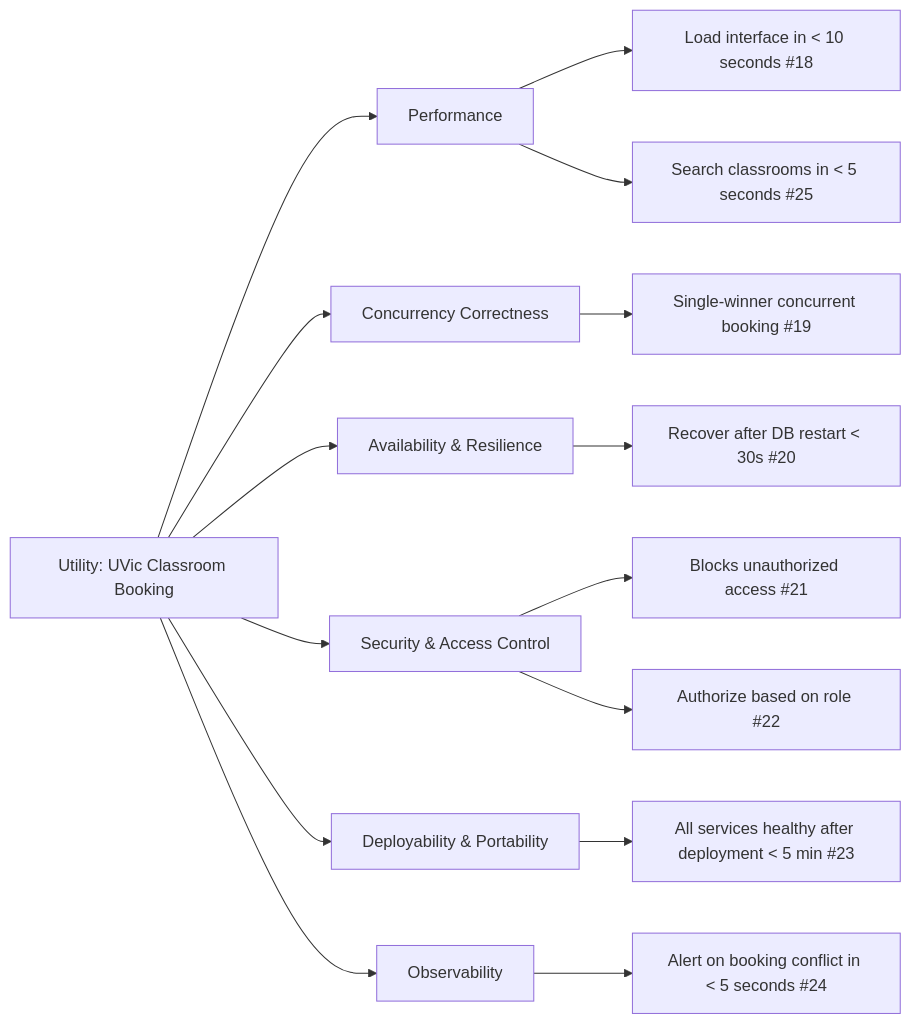
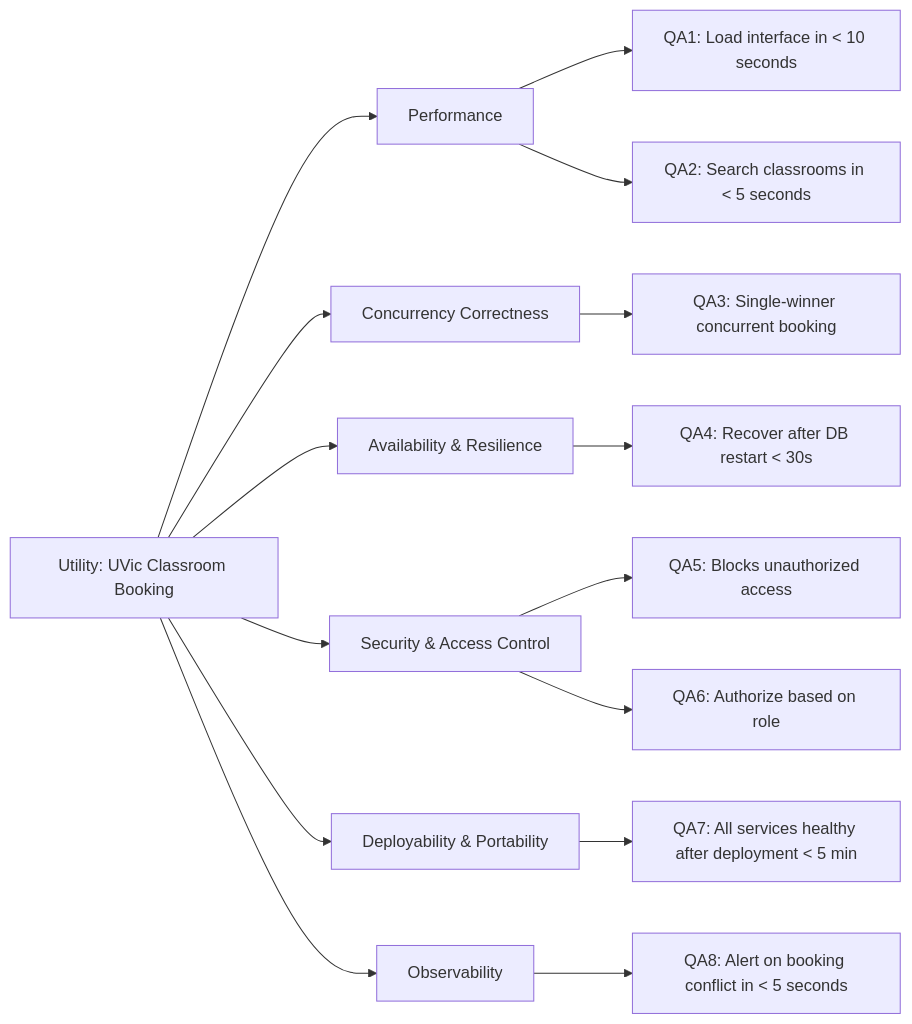
Before and after one commit to eric-handley/seng-350: the diagram in docs/prd/Products-Requirements-Document.md, drawn with Mermaid.

Commit message:
arda updates

````diff
--- a/docs/prd/Products-Requirements-Document.md
+++ b/docs/prd/Products-Requirements-Document.md
@@ -58,18 +58,18 @@
 ```mermaid
 graph LR;
   U[Utility: UVic Classroom Booking] --> P[Performance];
   U --> CC[Concurrency Correctness];
   U --> AV[Availability & Resilience];
   U --> SEC[Security & Access Control];
   U --> DEP[Deployability & Portability];
   U --> OBS[Observability];
 
-  P --> P1[Load interface in < 10 seconds #18];
-  P --> P2[Search classrooms in < 5 seconds #25];
-  CC --> CC1[Single-winner concurrent booking #19];
-  AV --> AV1[Recover after DB restart < 30s #20];
-  SEC --> SEC1[Blocks unauthorized access #21];
-  SEC --> SEC2[Authorize based on role #22];
-  DEP --> DEP1[All services healthy after deployment < 5 min #23];
-  OBS --> OBS1[Alert on booking conflict in < 5 seconds #24];
+  P --> P1[QA1: Load interface in < 10 seconds];
+  P --> P2[QA2: Search classrooms in < 5 seconds];
+  CC --> CC1[QA3: Single-winner concurrent booking];
+  AV --> AV1[QA4: Recover after DB restart < 30s];
+  SEC --> SEC1[QA5: Blocks unauthorized access];
+  SEC --> SEC2[QA6: Authorize based on role];
+  DEP --> DEP1[QA7: All services healthy after deployment < 5 min];
+  OBS --> OBS1[QA8: Alert on booking conflict in < 5 seconds];
 ```
````
